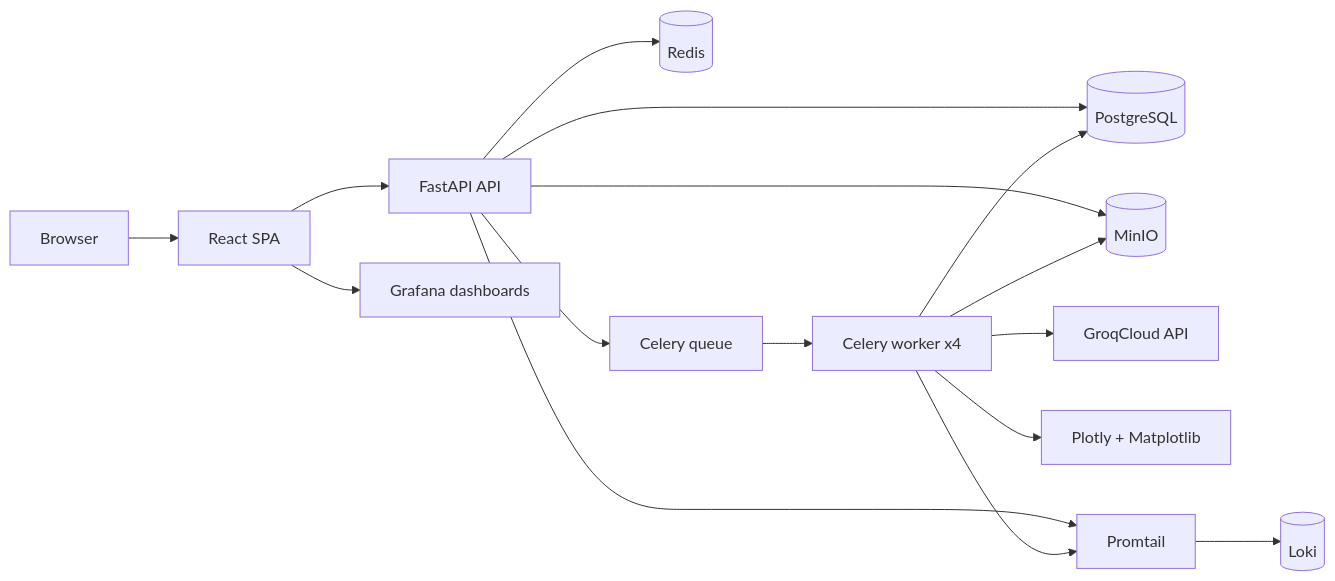
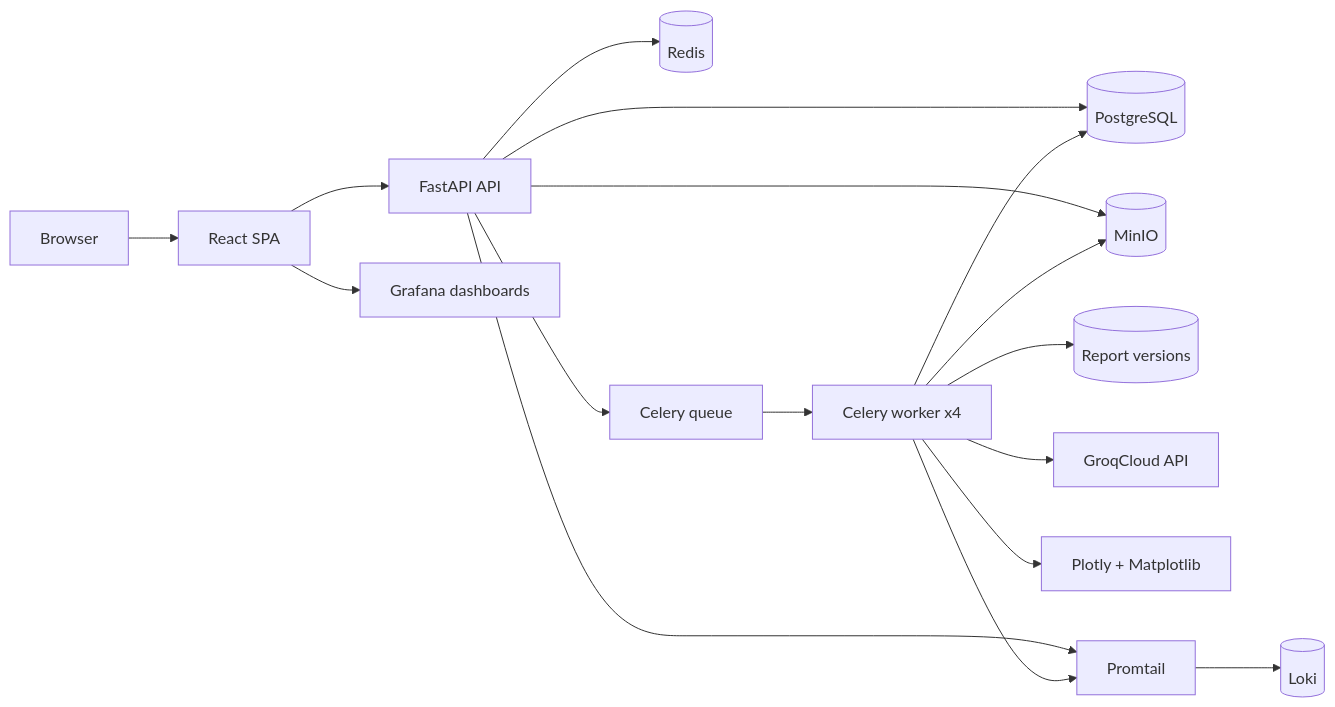
One commit to Aditya10507/Data-Analysis-engine- changed the first of 4 diagrams in README.md. Above: the diagram before and after it, drawn with Mermaid. The commit also changed other lines of this file and 69 other files, not shown here.

````diff
--- a/README.md
+++ b/README.md
@@ -16,18 +16,19 @@
 ```mermaid
 flowchart LR
   user[Browser] --> frontend[React SPA]
   frontend --> api[FastAPI API]
   api --> postgres[(PostgreSQL)]
   api --> redis[(Redis)]
   api --> minio[(MinIO)]
   api --> celery[Celery queue]
   celery --> worker[Celery worker x4]
   worker --> minio
   worker --> postgres
+  worker --> versions[(Report versions)]
   worker --> groq[GroqCloud API]
   worker --> charts[Plotly + Matplotlib]
   frontend --> grafana[Grafana dashboards]
   promtail[Promtail] --> loki[(Loki)]
   api --> promtail
   worker --> promtail
 ```
````
